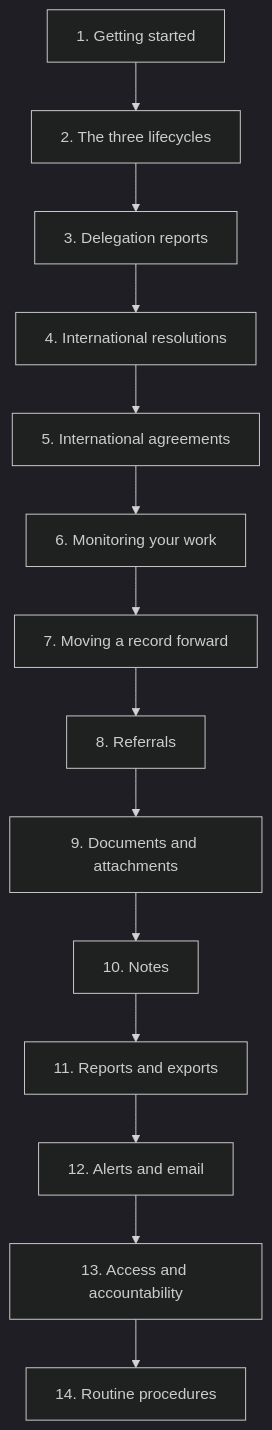
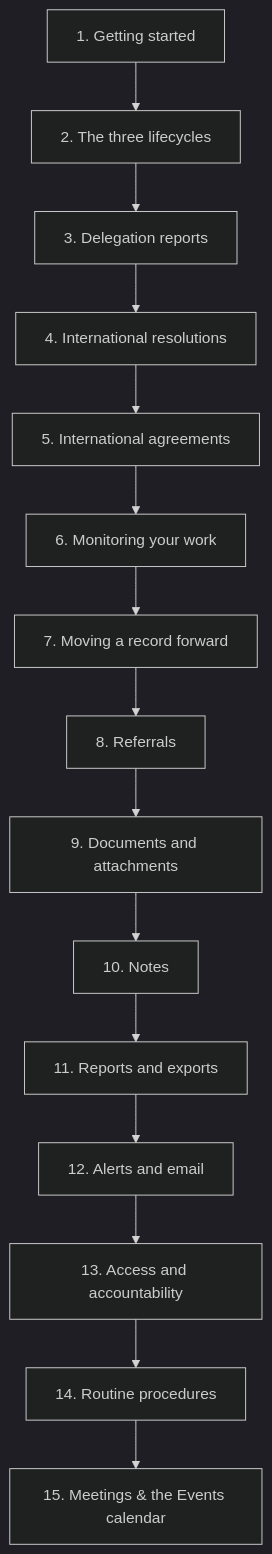
One commit to gelie/pwms_project changed the first of 4 diagrams in src/pwms/docs/Training Manual.md. Above: the diagram before and after it, drawn with Mermaid (dark theme). The commit also changed other lines of this file and 73 other files, not shown here.

First line of the commit message:
Add meetings calendar and attendance workflow

````diff
--- a/src/pwms/docs/Training Manual.md
+++ b/src/pwms/docs/Training Manual.md
@@ -235,16 +241,17 @@
 ```mermaid
 flowchart TD
     M1["1. Getting started"] --> M2["2. The three lifecycles"]
     M2 --> M3["3. Delegation reports"]
     M3 --> M4["4. International resolutions"]
     M4 --> M5["5. International agreements"]
     M5 --> M6["6. Monitoring your work"]
     M6 --> M7["7. Moving a record forward"]
     M7 --> M8["8. Referrals"]
     M8 --> M9["9. Documents and attachments"]
     M9 --> M10["10. Notes"]
     M10 --> M11["11. Reports and exports"]
     M11 --> M12["12. Alerts and email"]
     M12 --> M13["13. Access and accountability"]
     M13 --> M14["14. Routine procedures"]
+    M14 --> M15["15. Meetings & the Events calendar"]
 ```
````
